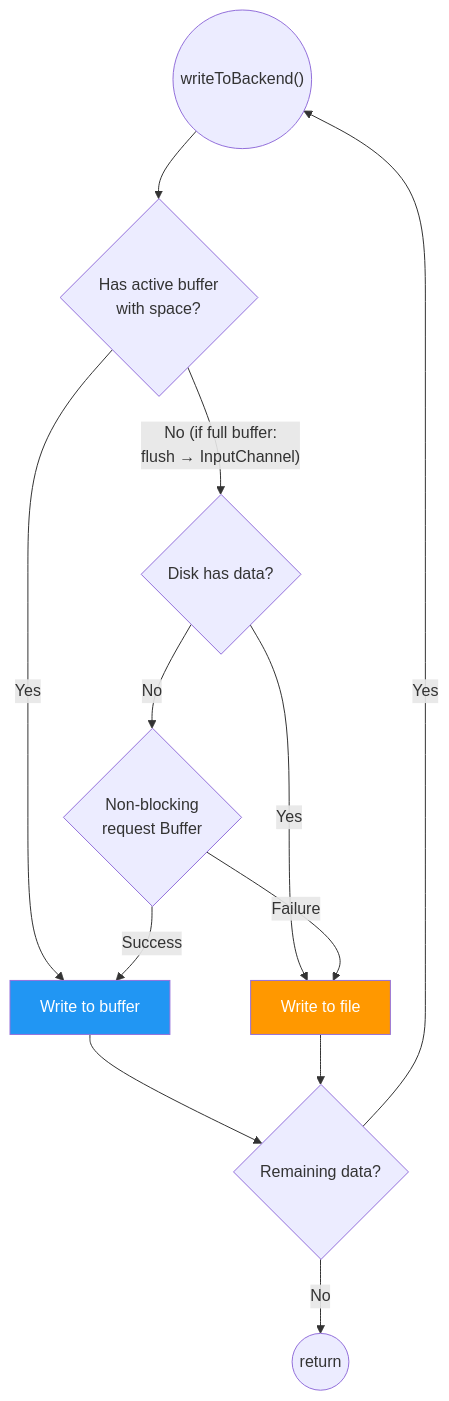
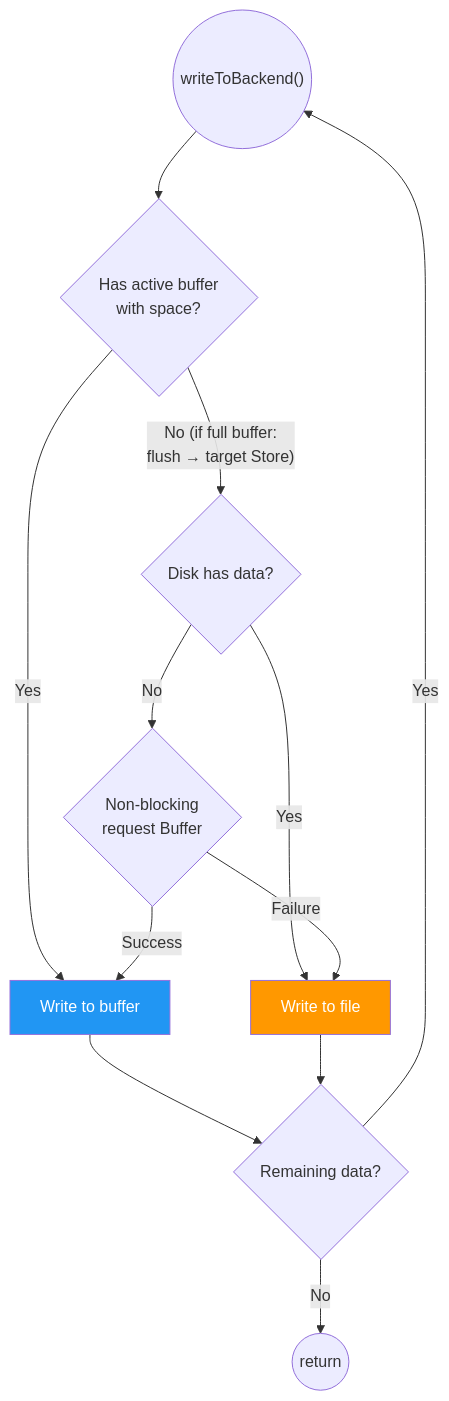
The fifth of 6 diagrams in requirements/38544/data_flow.md (1996fanrui/flink), drawn with Mermaid before and after one commit. The commit also changed other lines of this file and 5 other files, not shown here.

First line of the commit message:
[FLINK-38544] Detail RecoveredBufferStore impact on existing InputChannel code

````diff
--- a/requirements/38544/data_flow.md
+++ b/requirements/38544/data_flow.md
@@ -123,21 +159,21 @@
 ```mermaid
 flowchart TD
     WTB(("writeToBackend()")) --> Active{"Has active buffer<br/>with space?"}
     Active -- Yes --> WriteBuf["Write to buffer"]
     WriteBuf --> Remain{"Remaining data?"}
     Remain -- No --> Done(("return"))
     Remain -- Yes --> WTB
 
-    Active -- "No (if full buffer:<br/>flush → InputChannel)" --> DiskCheck
+    Active -- "No (if full buffer:<br/>flush → target Store)" --> DiskCheck
 
     DiskCheck{"Disk has data?"}
     DiskCheck -- Yes --> WriteFile["Write to file"]
     DiskCheck -- No --> ReqBuf{"Non-blocking<br/>request Buffer"}
     ReqBuf -- Success --> WriteBuf
     ReqBuf -- Failure --> WriteFile
 
     WriteFile --> Remain
 
     style WriteBuf fill:#2196F3,color:#fff
     style WriteFile fill:#FF9800,color:#fff
 ```
````
